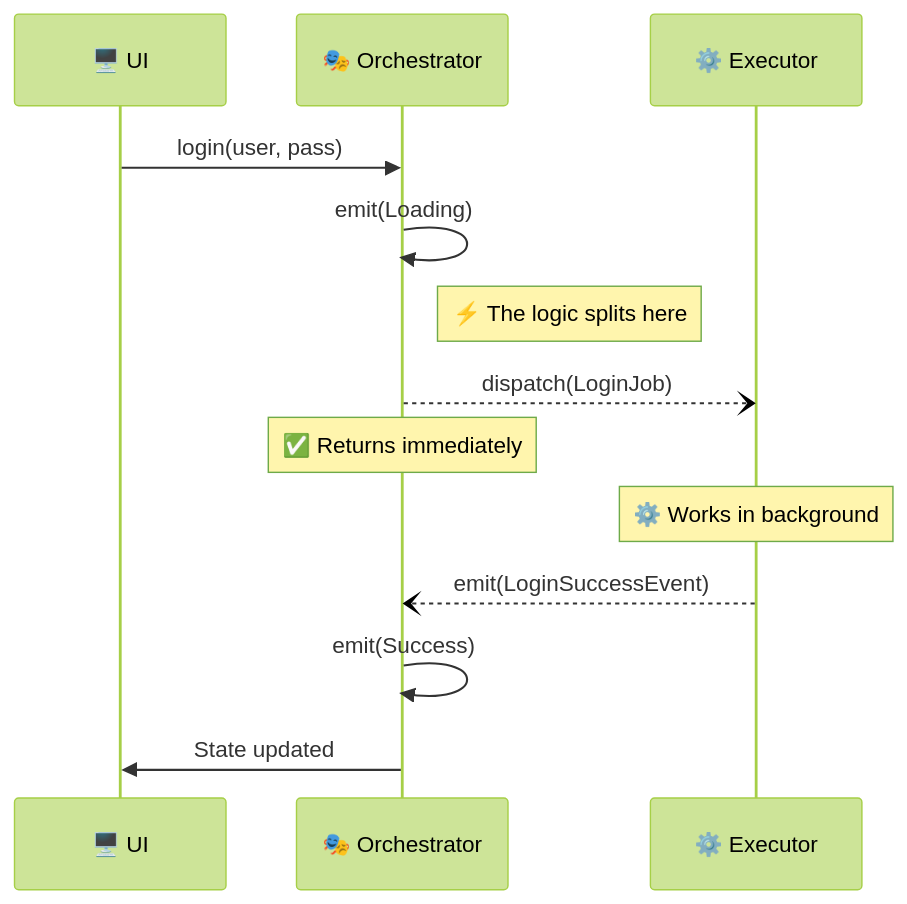
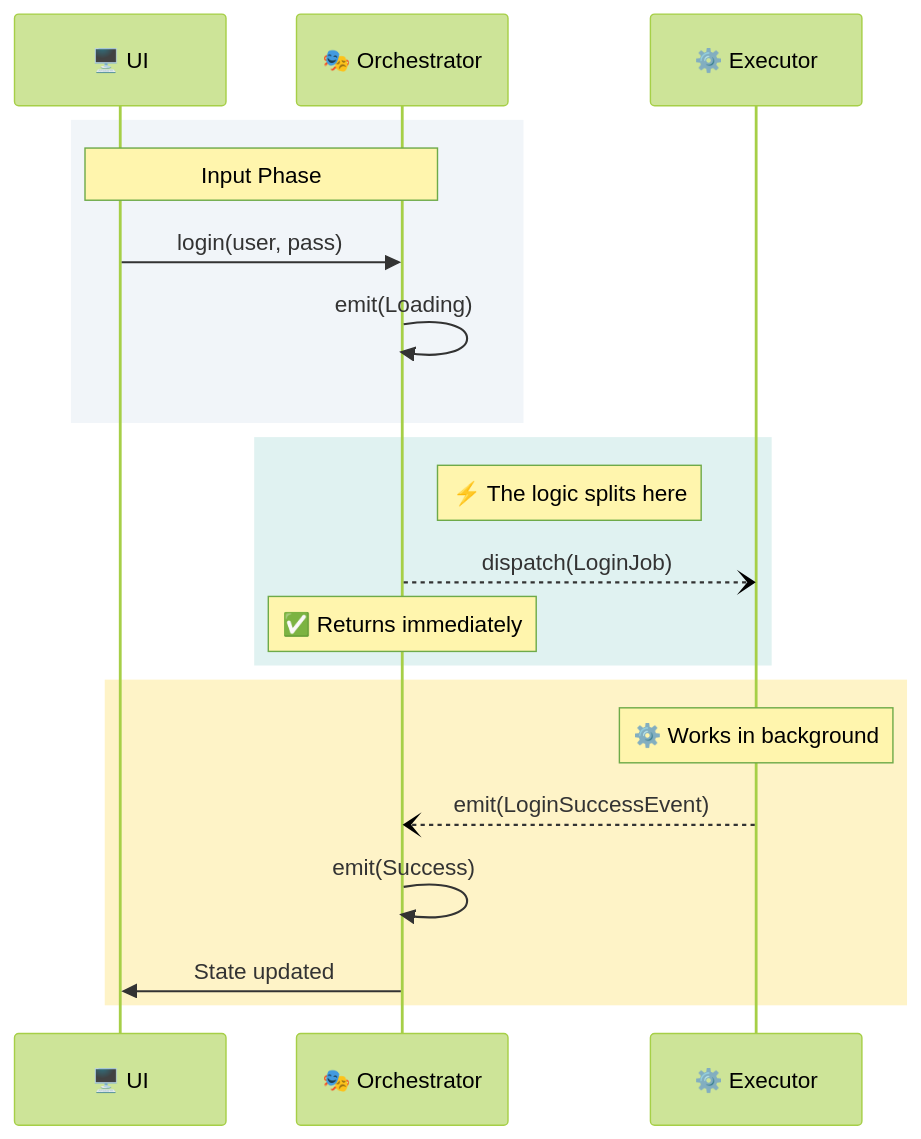
The second of 11 diagrams in book/chapters/02_architecture_concepts.md (lploc94/flutter_orchestrator), drawn with Mermaid (forest theme) before and after one commit. The commit also changed other lines of this file and 3 other files, not shown here.

````diff
--- a/book/chapters/02_architecture_concepts.md
+++ b/book/chapters/02_architecture_concepts.md
@@ -44,20 +45,25 @@
 ```mermaid
 sequenceDiagram
     participant UI as 🖥️ UI
     participant Orch as 🎭 Orchestrator
     participant Exec as ⚙️ Executor
     
-    UI->>Orch: login(user, pass)
-    Orch->>Orch: emit(Loading)
+    rect rgb(241, 245, 249)
+        Note over UI,Orch: Input Phase
+        UI->>Orch: login(user, pass)
+        Orch->>Orch: emit(Loading)
+    end
     
-    Note right of Orch: ⚡ The logic splits here
+    rect rgb(224, 242, 241)
+        Note right of Orch: ⚡ The logic splits here
+        Orch--)Exec: dispatch(LoginJob)
+        Note over Orch: ✅ Returns immediately
+    end
     
-    Orch--)Exec: dispatch(LoginJob)
-    Note over Orch: ✅ Returns immediately
-    
-    Note over Exec: ⚙️ Works in background
-    
-    Exec--)Orch: emit(LoginSuccessEvent)
-    Orch->>Orch: emit(Success)
-    Orch->>UI: State updated
+    rect rgb(254, 243, 199)
+        Note over Exec: ⚙️ Works in background
+        Exec--)Orch: emit(LoginSuccessEvent)
+        Orch->>Orch: emit(Success)
+        Orch->>UI: State updated
+    end
 ```
````
